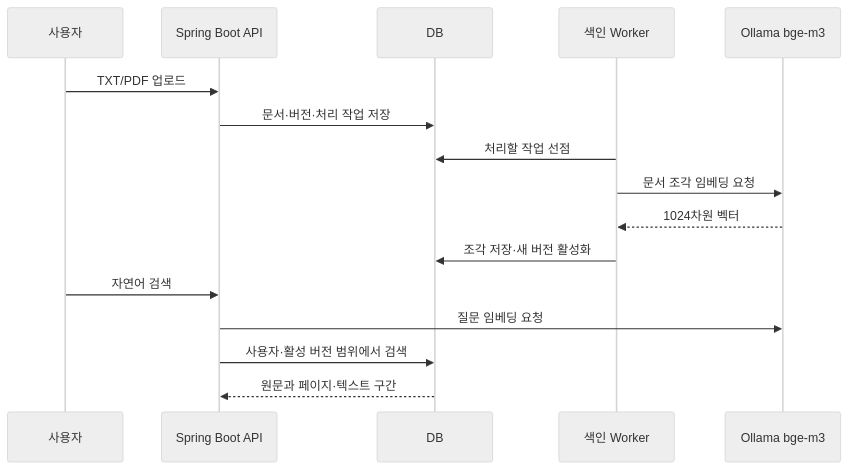
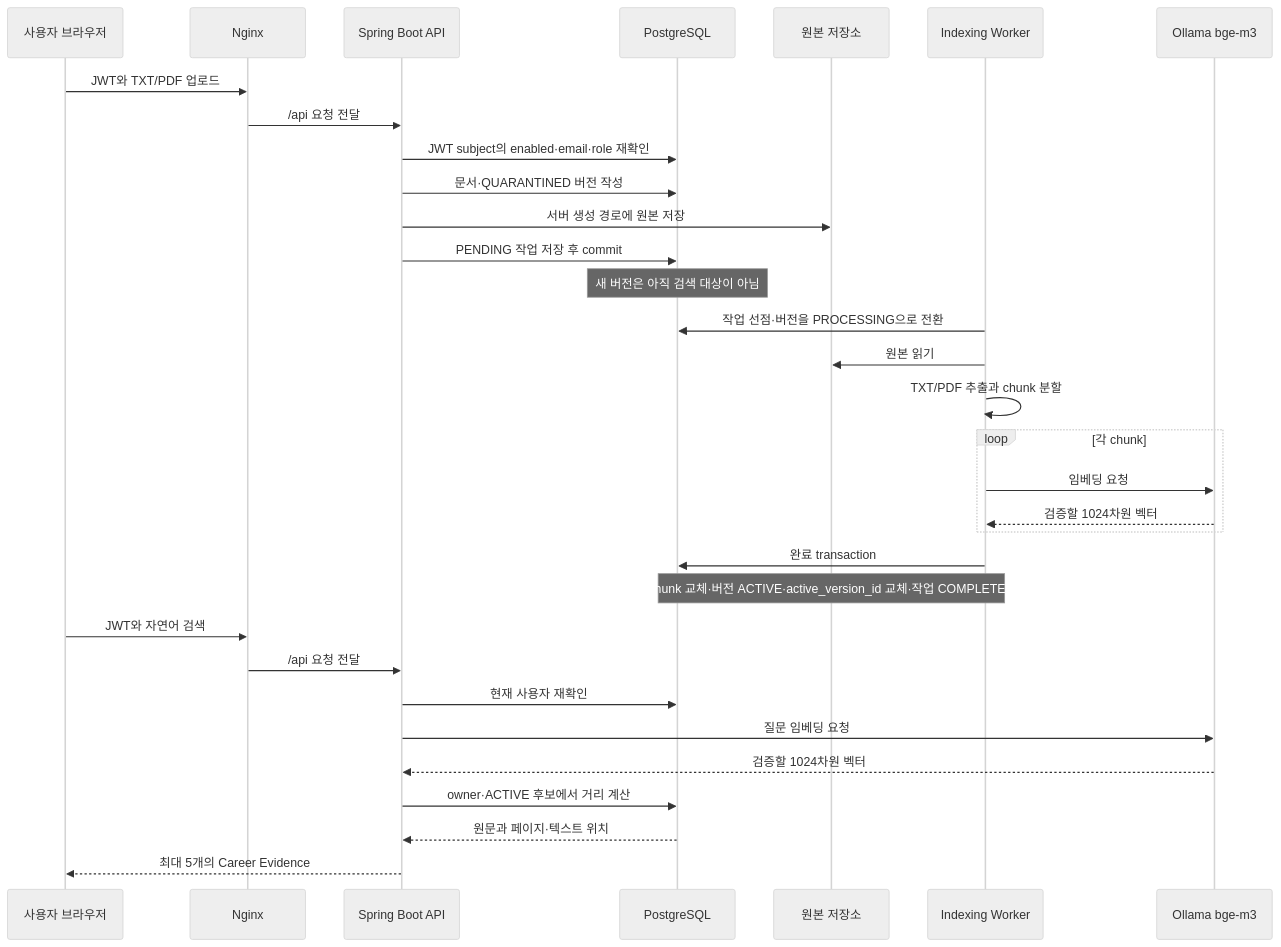
Before and after one commit to jaemin-devlog/PRIZM: the third of 6 diagrams in docs/architecture.md, drawn with Mermaid (neutral theme). The commit also changed other lines of this file and 1 other file, not shown here.

Commit message:
docs: improve architecture guide

````diff
--- a/docs/architecture.md
+++ b/docs/architecture.md
@@ -56,19 +136,37 @@
 ```mermaid
 sequenceDiagram
-    participant User as 사용자
-    participant API as Spring Boot API
-    participant DB as DB
-    participant Worker as 색인 Worker
-    participant Ollama as Ollama bge-m3
+    participant U as 사용자 브라우저
+    participant N as Nginx
+    participant A as Spring Boot API
+    participant DB as PostgreSQL
+    participant FS as 원본 저장소
+    participant W as Indexing Worker
+    participant O as Ollama bge-m3
 
-    User->>API: TXT/PDF 업로드
-    API->>DB: 문서·버전·처리 작업 저장
-    Worker->>DB: 처리할 작업 선점
-    Worker->>Ollama: 문서 조각 임베딩 요청
-    Ollama-->>Worker: 1024차원 벡터
-    Worker->>DB: 조각 저장·새 버전 활성화
-    User->>API: 자연어 검색
-    API->>Ollama: 질문 임베딩 요청
-    API->>DB: 사용자·활성 버전 범위에서 검색
-    DB-->>API: 원문과 페이지·텍스트 구간
+    U->>N: JWT와 TXT/PDF 업로드
+    N->>A: /api 요청 전달
+    A->>DB: JWT subject의 enabled·email·role 재확인
+    A->>DB: 문서·QUARANTINED 버전 작성
+    A->>FS: 서버 생성 경로에 원본 저장
+    A->>DB: PENDING 작업 저장 후 commit
+    Note over DB: 새 버전은 아직 검색 대상이 아님
+
+    W->>DB: 작업 선점·버전을 PROCESSING으로 전환
+    W->>FS: 원본 읽기
+    W->>W: TXT/PDF 추출과 chunk 분할
+    loop 각 chunk
+        W->>O: 임베딩 요청
+        O-->>W: 검증할 1024차원 벡터
+    end
+    W->>DB: 완료 transaction
+    Note over W,DB: chunk 교체·버전 ACTIVE·active_version_id 교체·작업 COMPLETED
+
+    U->>N: JWT와 자연어 검색
+    N->>A: /api 요청 전달
+    A->>DB: 현재 사용자 재확인
+    A->>O: 질문 임베딩 요청
+    O-->>A: 검증할 1024차원 벡터
+    A->>DB: owner·ACTIVE 후보에서 거리 계산
+    DB-->>A: 원문과 페이지·텍스트 위치
+    A-->>U: 최대 5개의 Career Evidence
 ```
````
